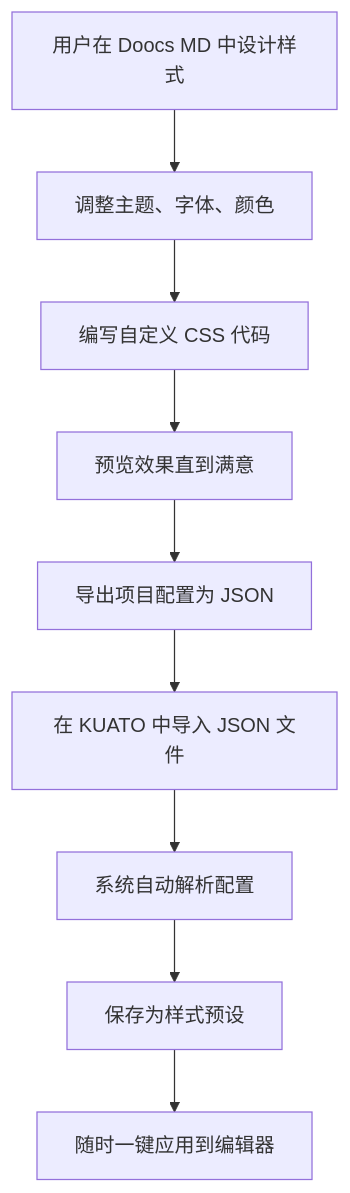
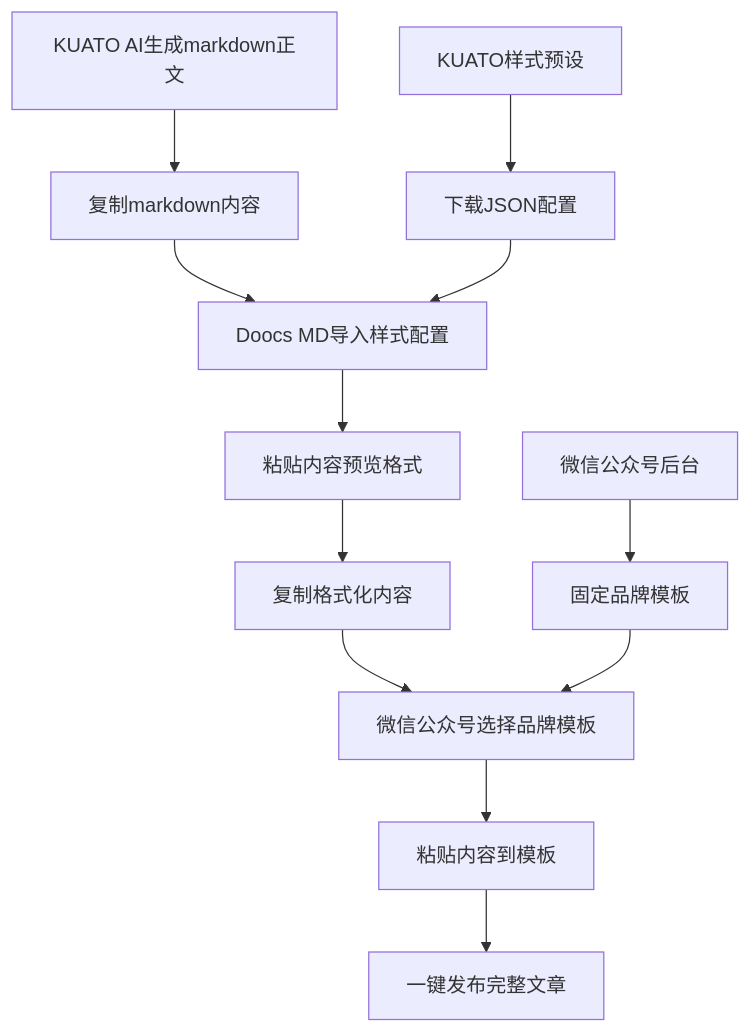
One commit to wang4mian/latest-feed-module changed the diagram in 样式预设最佳实践方案.md. Above: the diagram before and after it, drawn with Mermaid. The commit also changed other lines of this file and 30 other files, not shown here.

````diff
--- a/样式预设最佳实践方案.md
+++ b/样式预设最佳实践方案.md
@@ -56,11 +56,16 @@
 ```mermaid
 graph TD
-    A[用户在 Doocs MD 中设计样式] --> B[调整主题、字体、颜色]
-    B --> C[编写自定义 CSS 代码]
-    C --> D[预览效果直到满意]
-    D --> E[导出项目配置为 JSON]
-    E --> F[在 KUATO 中导入 JSON 文件]
-    F --> G[系统自动解析配置]
-    G --> H[保存为样式预设]
-    H --> I[随时一键应用到编辑器]
+    A[KUATO AI生成markdown正文] --> B[复制markdown内容]
+    B --> C[Doocs MD导入样式配置]
+    C --> D[粘贴内容预览格式]
+    D --> E[复制格式化内容]
+    E --> F[微信公众号选择品牌模板]
+    F --> G[粘贴内容到模板]
+    G --> H[一键发布完整文章]
+    
+    I[KUATO样式预设] --> J[下载JSON配置]
+    J --> C
+    
+    K[微信公众号后台] --> L[固定品牌模板]
+    L --> F
 ```
````
